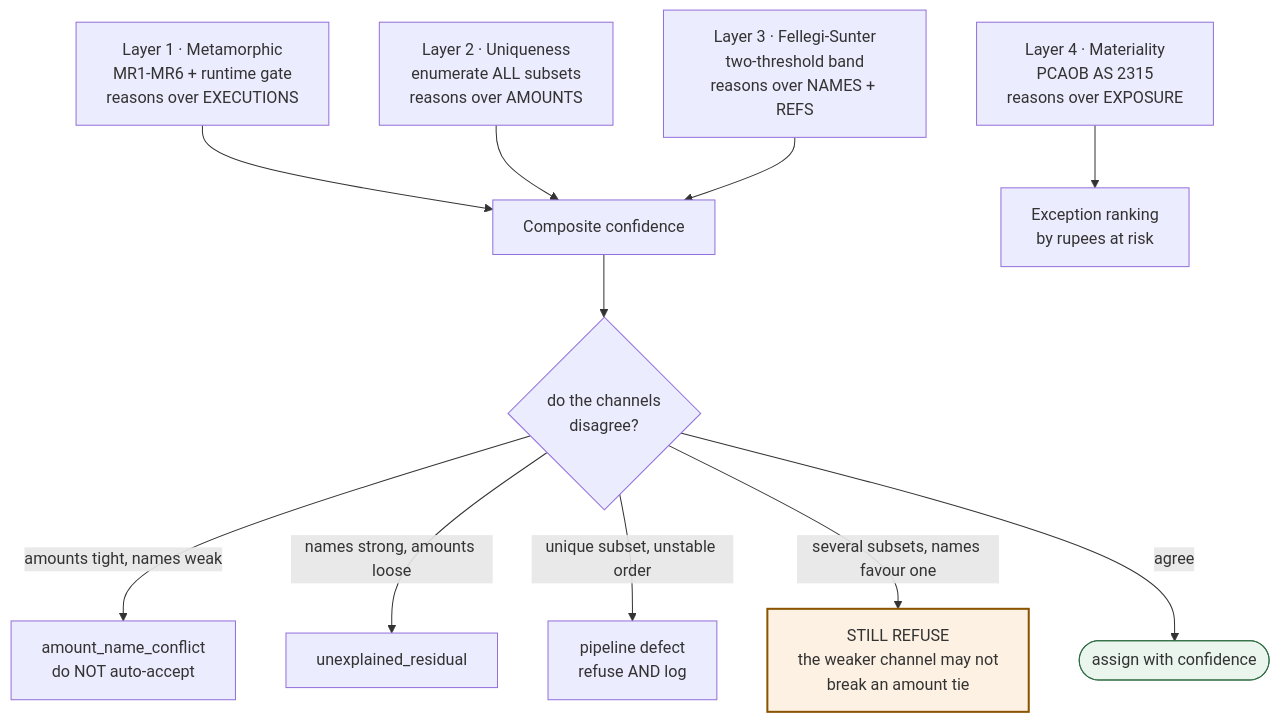
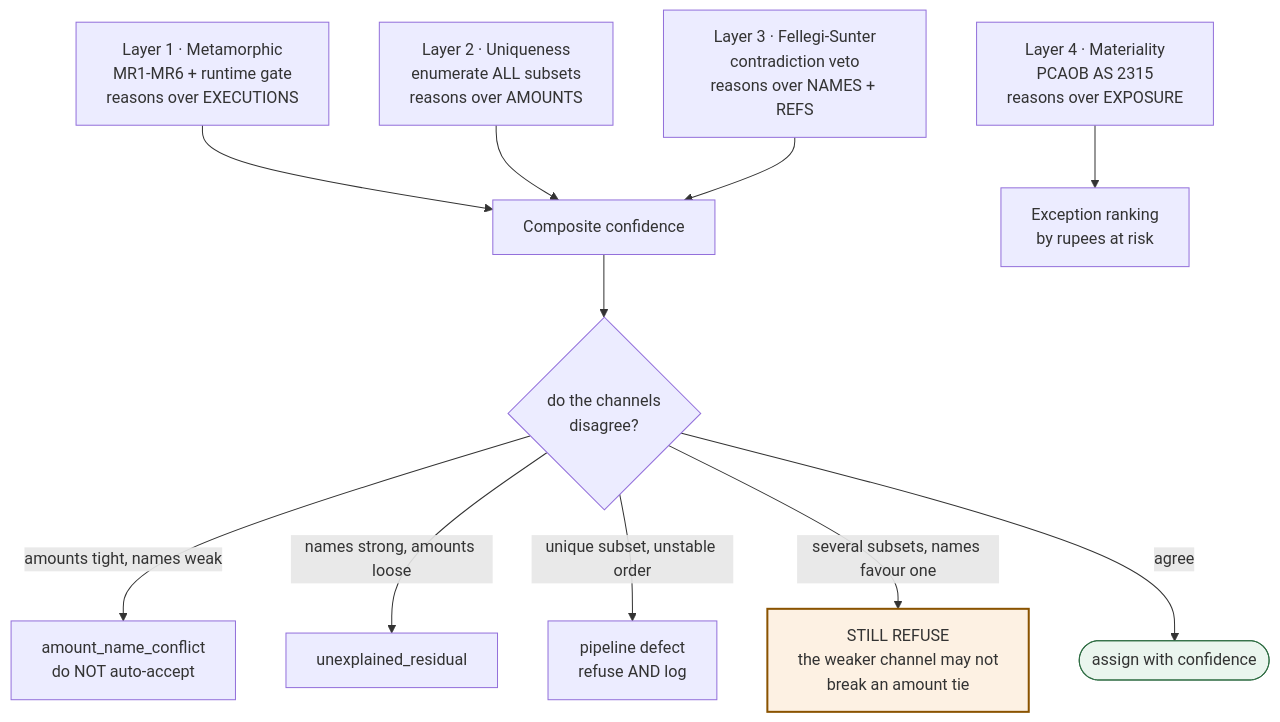
One commit to baymax-afk/Pramana_RZP_buildathon_reconciliation_agent changed the fifth of 7 diagrams in docs/FLOWCHARTS.md. Above: the diagram before and after it, drawn with Mermaid. The commit also changed 5 other files, not shown here.

````diff
--- a/docs/FLOWCHARTS.md
+++ b/docs/FLOWCHARTS.md
@@ -220,22 +220,22 @@
 ```mermaid
 graph TB
     A["Layer 1 · Metamorphic<br/>MR1-MR6 + runtime gate<br/>reasons over EXECUTIONS"]
     B["Layer 2 · Uniqueness<br/>enumerate ALL subsets<br/>reasons over AMOUNTS"]
-    C["Layer 3 · Fellegi-Sunter<br/>two-threshold band<br/>reasons over NAMES + REFS"]
+    C["Layer 3 · Fellegi-Sunter<br/>contradiction veto<br/>reasons over NAMES + REFS"]
     D["Layer 4 · Materiality<br/>PCAOB AS 2315<br/>reasons over EXPOSURE"]
 
     A --> S["Composite confidence"]
     B --> S
     C --> S
     D --> RANK["Exception ranking<br/>by rupees at risk"]
 
     S --> DIS{"do the channels<br/>disagree?"}
     DIS -->|"amounts tight, names weak"| X1["amount_name_conflict<br/>do NOT auto-accept"]
     DIS -->|"names strong, amounts loose"| X2["unexplained_residual"]
     DIS -->|"unique subset, unstable order"| X3["pipeline defect<br/>refuse AND log"]
     DIS -->|"several subsets, names favour one"| X4["STILL REFUSE<br/>the weaker channel may not<br/>break an amount tie"]
     DIS -->|agree| OUT(["assign with confidence"])
 
     style X4 fill:#fdf1e3,stroke:#8a5300,stroke-width:2px
     style OUT fill:#eaf5ee,stroke:#2c6b41
 ```
````
